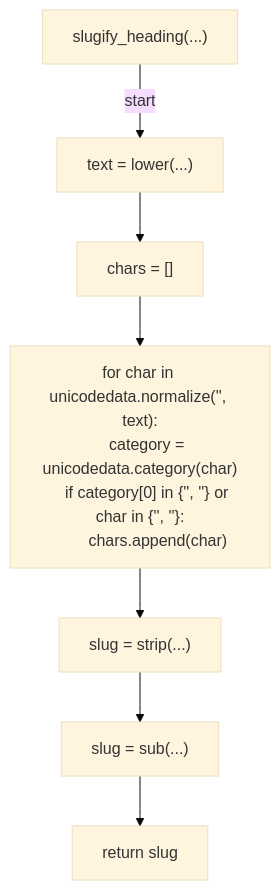
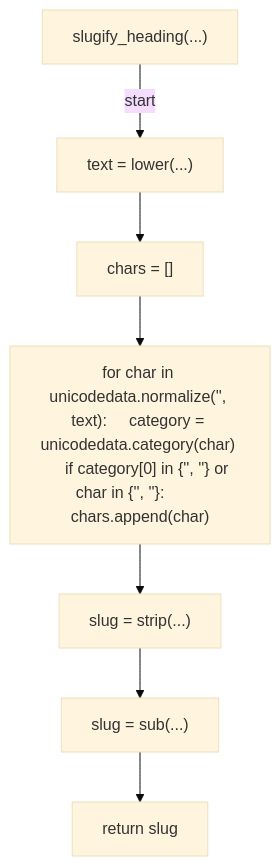
Before and after one commit to tvna/claude-md: the sixth of 14 diagrams in docs/generated/scripts/ast/scan_markdown_links.md, drawn with Mermaid (base theme). The commit also changed other lines of this file and 29 other files, not shown here.

First line of the commit message:
docs(generated): regenerate decision tree and workflow diagrams (batch 3/5)

````diff
--- a/docs/generated/scripts/ast/scan_markdown_links.md
+++ b/docs/generated/scripts/ast/scan_markdown_links.md
@@ -90,19 +86,16 @@
 ```mermaid
 flowchart TD
     N001["slugify_heading(...)"]
     N002["text = lower(...)"]
     N003["chars = []"]
-    N004["for char in unicodedata.normalize('<str>', text):
-    category = unicodedata.category(char)
-    if category[0] in {'<str>', '<str>'} or char in {'<str>', '<str>'}:
-        chars.append(char)"]
+    N004["for char in unicodedata.normalize('<str>', text):     category = unicodedata.category(char)     if category[0] in {'<str>', '<str>'} or char in {'<str>', '<str>'}:         chars.append(char)"]
     N005["slug = strip(...)"]
     N006["slug = sub(...)"]
     N007["return slug"]
     N001 -->|"start"| N002
     N002 --> N003
     N003 --> N004
     N004 --> N005
     N005 --> N006
     N006 --> N007
 ```
````
